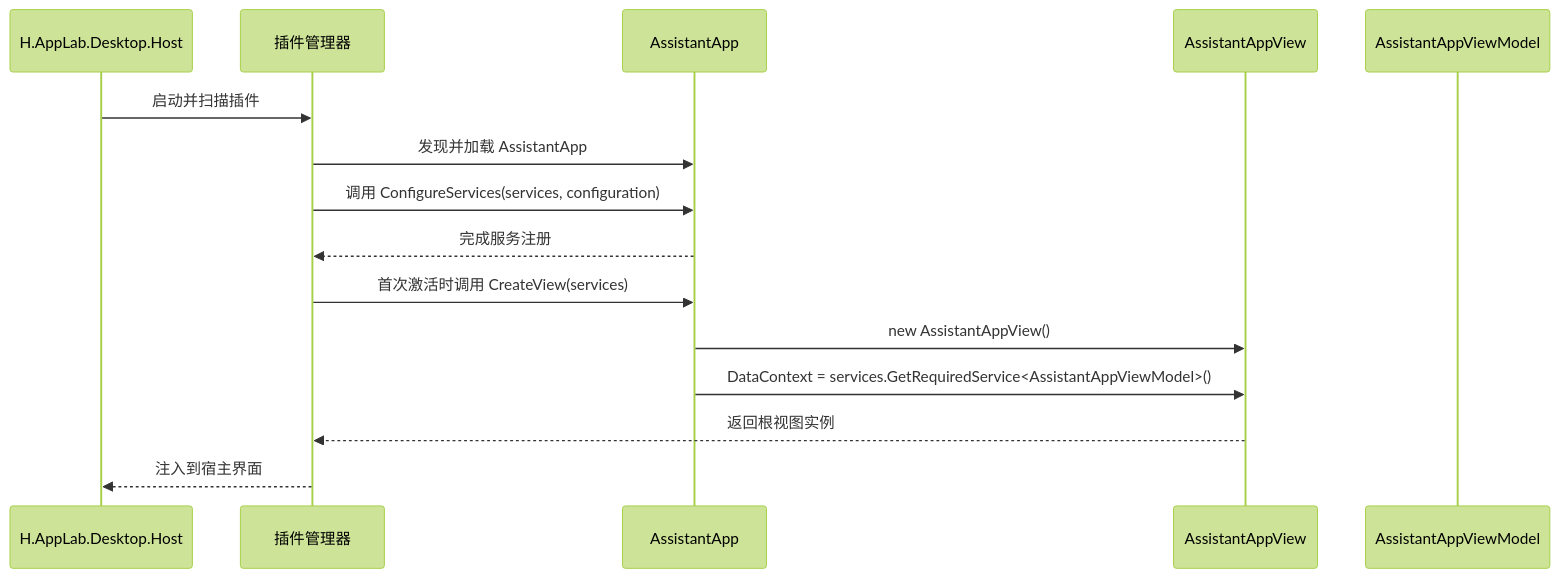
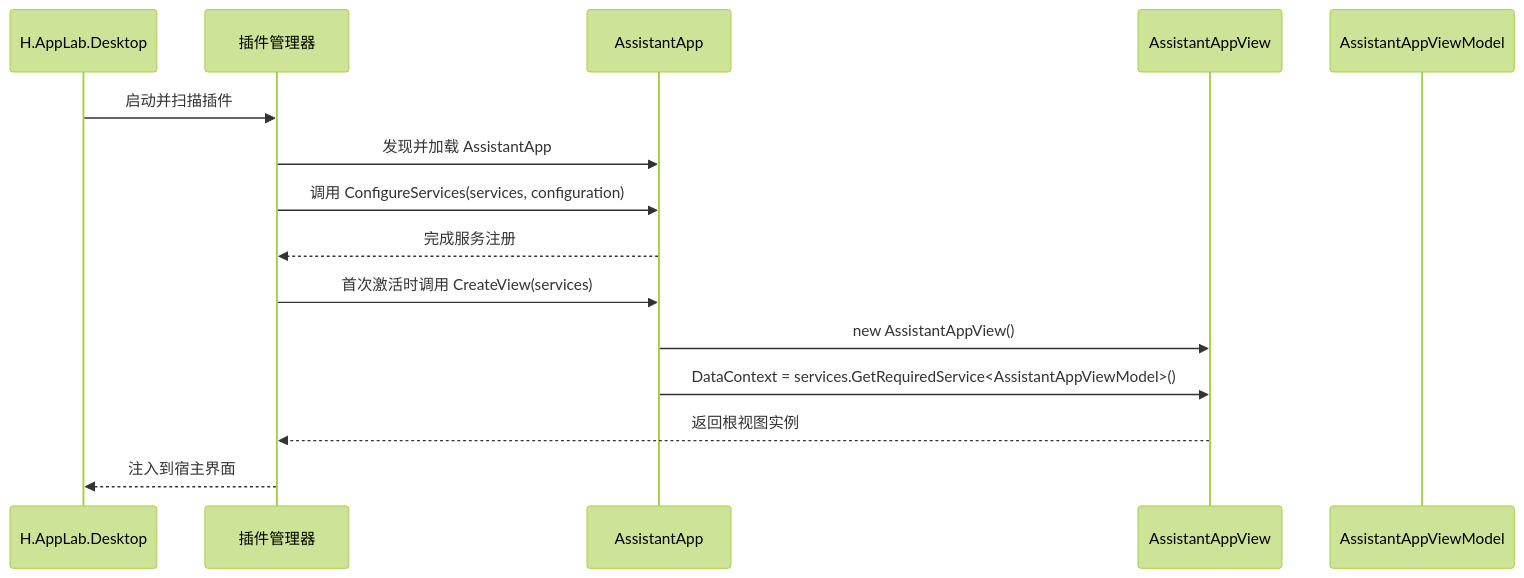
One commit to openlowcodelab/lowcode changed the sixth of 10 diagrams in .qoder/repowiki/zh/content/AI助手服务/桌面端应用/桌面端应用.md. Above: the diagram before and after it, drawn with Mermaid (forest theme). The commit also changed other lines of this file and 56 other files, not shown here.

````diff
--- a/.qoder/repowiki/zh/content/AI助手服务/桌面端应用/桌面端应用.md
+++ b/.qoder/repowiki/zh/content/AI助手服务/桌面端应用/桌面端应用.md
@@ -263,17 +270,17 @@
 ```mermaid
 sequenceDiagram
-participant Host as H.AppLab.Desktop.Host
+participant Host as H.AppLab.Desktop
 participant Manager as 插件管理器
 participant Plugin as AssistantApp
 participant View as AssistantAppView
 participant VM as AssistantAppViewModel
 Host->>Manager : 启动并扫描插件
 Manager->>Plugin : 发现并加载 AssistantApp
 Manager->>Plugin : 调用 ConfigureServices(services, configuration)
 Plugin-->>Manager : 完成服务注册
 Manager->>Plugin : 首次激活时调用 CreateView(services)
 Plugin->>View : new AssistantAppView()
 Plugin->>View : DataContext = services.GetRequiredService<AssistantAppViewModel>()
 View-->>Manager : 返回根视图实例
 Manager-->>Host : 注入到宿主界面
 ```
````
